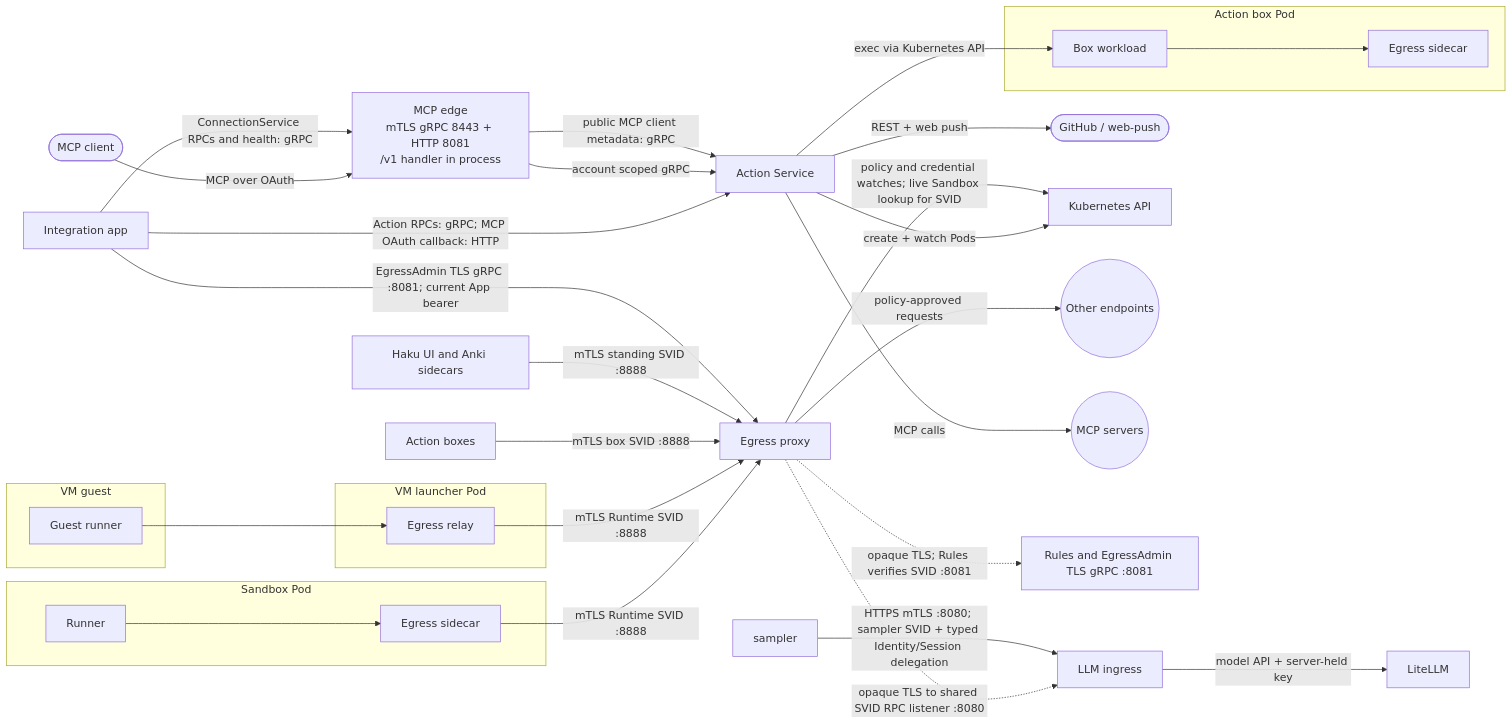
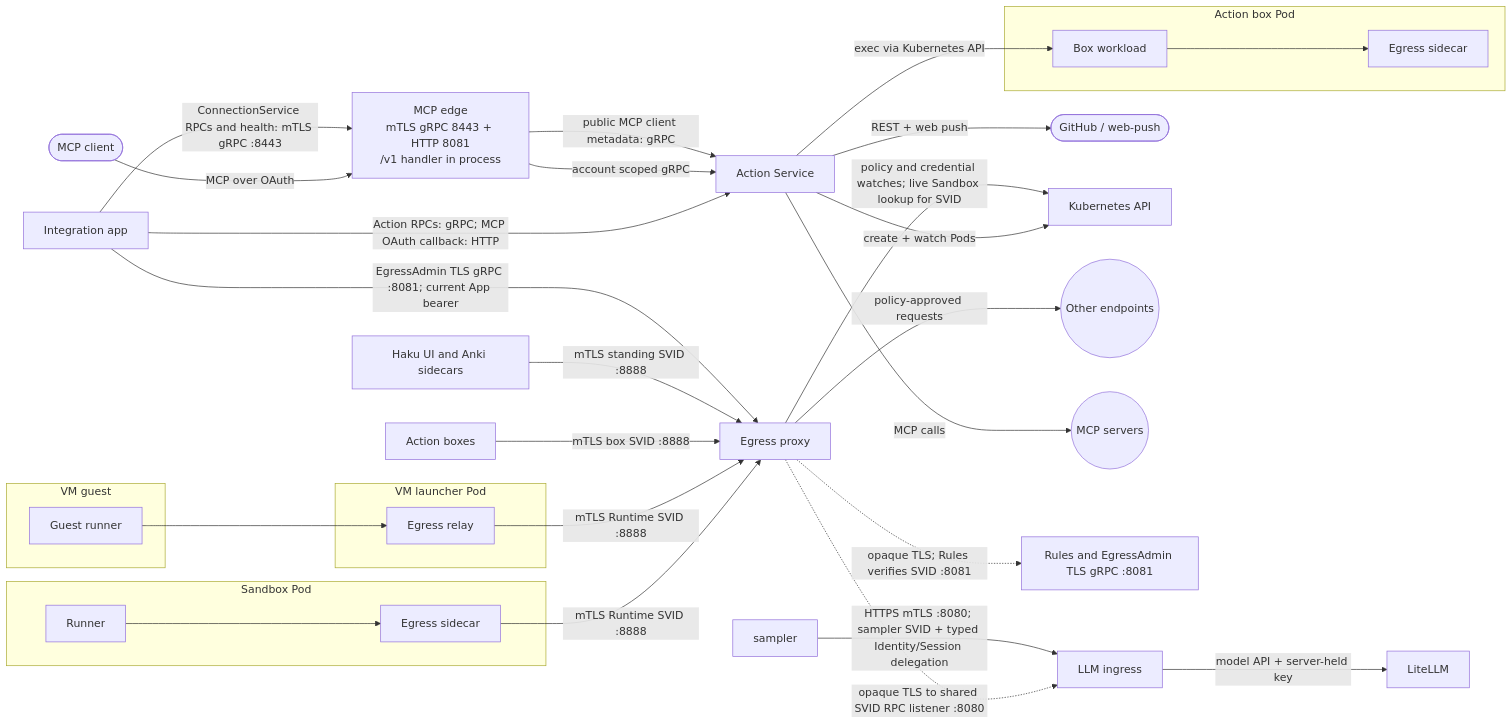
Before and after one commit to agentydragon/ducktape: diagram 12 of 18 in agentplane/docs/system_overview.md, drawn with Mermaid. The commit also changed other lines of this file and 24 other files, not shown here.

````diff
--- a/agentplane/docs/system_overview.md
+++ b/agentplane/docs/system_overview.md
@@ -681,50 +682,50 @@
 ```mermaid
 flowchart LR
     mcp_client([MCP client])
     github([GitHub / web-push])
     app[Integration app]
     actions[Action Service]
     edge["MCP edge<br/>mTLS gRPC 8443 + HTTP 8081<br/>/v1 handler in process"]
     k8s[Kubernetes API]
     subgraph box[Action box Pod]
         workload[Box workload]
         box_sidecar[Egress sidecar]
     end
     subgraph sandbox[Sandbox Pod]
         runner[Runner]
         sidecar[Egress sidecar]
     end
     subgraph vm_guest[VM guest]
         guest[Guest runner]
     end
     subgraph vm_pod[VM launcher Pod]
         relay[Egress relay]
     end
     egress[Egress proxy]
     llm[LLM ingress]
     litellm[LiteLLM]
     other((Other endpoints))
     mcp_servers((MCP servers))
 
     mcp_client -->|MCP over OAuth| edge
     app -->|Action RPCs: gRPC; MCP OAuth callback: HTTP| actions
-    app -->|ConnectionService RPCs and health: gRPC| edge
+    app -->|ConnectionService RPCs and health: mTLS gRPC :8443| edge
     edge -->|account scoped gRPC| actions
     edge -->|public MCP client metadata: gRPC| actions
     actions -->|create + watch Pods| k8s
     actions -->|exec via Kubernetes API| workload
     workload --> box_sidecar
     runner --> sidecar -->|mTLS Runtime SVID :8888| egress
     guest --> relay -->|mTLS Runtime SVID :8888| egress
     nonSandbox[Action boxes] -->|mTLS box SVID :8888| egress
     standing[Haku UI and Anki sidecars] -->|mTLS standing SVID :8888| egress
     app -->|EgressAdmin TLS gRPC :8081; current App bearer| egress
     egress -->|policy and credential watches; live Sandbox lookup for SVID| k8s
     egress -->|policy-approved requests| other
     egress -.->|opaque TLS; Rules verifies SVID :8081| rules[Rules and EgressAdmin TLS gRPC :8081]
     egress -.->|opaque TLS to shared SVID RPC listener :8080| llm
     sampler -->|HTTPS mTLS :8080; sampler SVID + typed Identity/Session delegation| llm
     llm -->|model API + server-held key| litellm
     actions -->|MCP calls| mcp_servers
     actions -->|REST + web push| github
 ```
````
